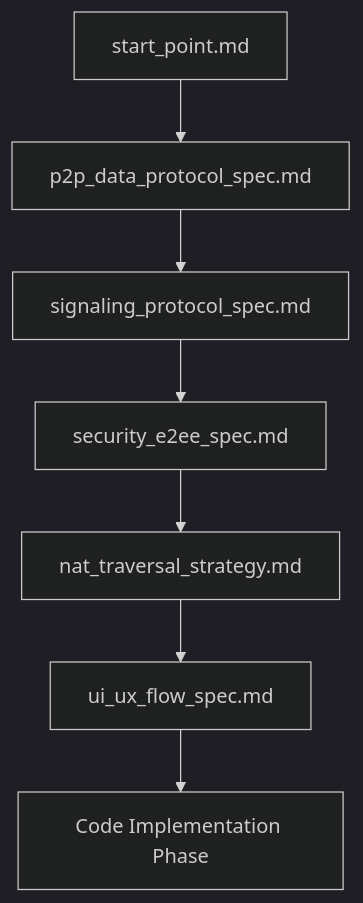
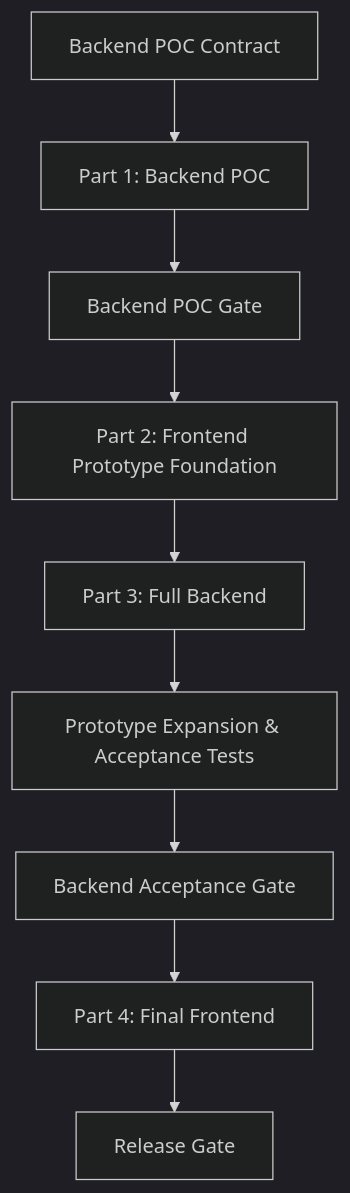
Before and after one commit to bit-bridge-studio/shipri: the diagram in docs/README.md, drawn with Mermaid (dark theme). The commit also changed other lines of this file and 6 other files, not shown here.

````diff
--- a/docs/README.md
+++ b/docs/README.md
@@ -42,9 +47,11 @@
 ```mermaid
 graph TD
-    start[start_point.md] --> data[p2p_data_protocol_spec.md]
-    data --> signaling[signaling_protocol_spec.md]
-    signaling --> security[security_e2ee_spec.md]
-    security --> nat[nat_traversal_strategy.md]
-    nat --> ui[ui_ux_flow_spec.md]
-    ui --> implementation[Code Implementation Phase]
+    contracts[Backend POC Contract] --> poc[Part 1: Backend POC]
+    poc --> pocGate[Backend POC Gate]
+    pocGate --> prototype[Part 2: Frontend Prototype Foundation]
+    prototype --> backend[Part 3: Full Backend]
+    backend --> prototypeExpansion[Prototype Expansion & Acceptance Tests]
+    prototypeExpansion --> gate[Backend Acceptance Gate]
+    gate --> frontend[Part 4: Final Frontend]
+    frontend --> release[Release Gate]
 ```
````
